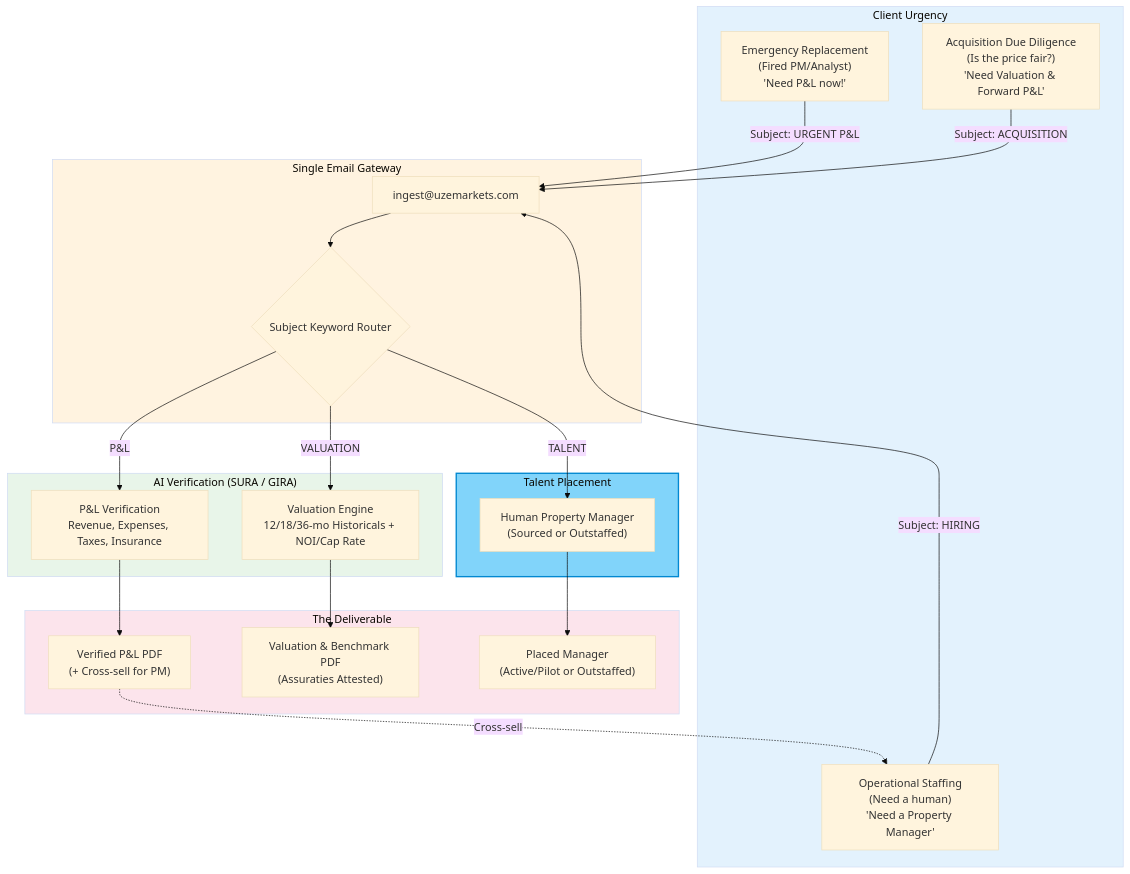
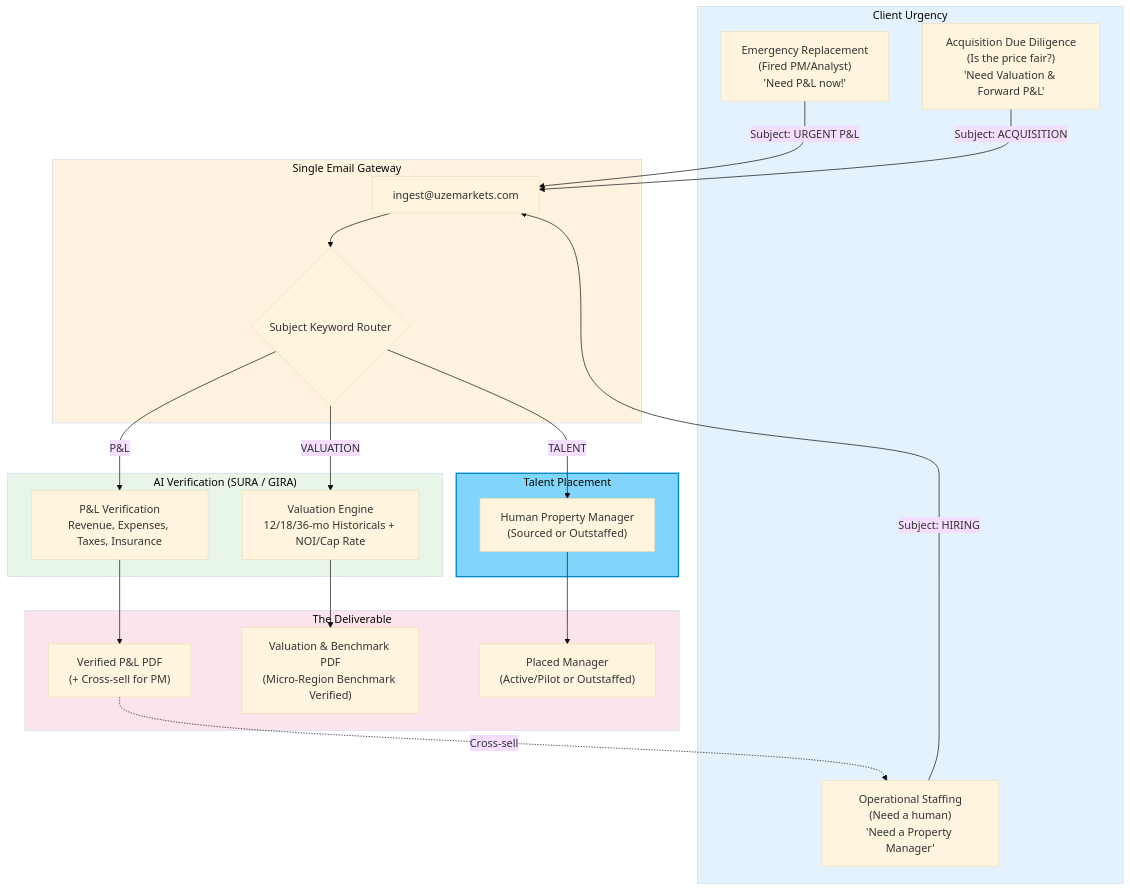
The diagram in docs/diagrams/16-three-use-cases.md (DEVBUILDSTACK/UZE), drawn with Mermaid (base theme) before and after one commit.

Commit message:
Diagram 16: valuation label corrected by ruling
'(Assuraties Attested)' -> '(Micro-Region Benchmark Verified)'.
The gateway calculates the math and benchmarks it; it does not
push a formal Assuraties claim to the Juror Team. Final directed
change before the absolute freeze (James/DeepSeek acceptance,
2026-11-10).

````diff
--- a/docs/diagrams/16-three-use-cases.md
+++ b/docs/diagrams/16-three-use-cases.md
@@ -7,52 +7,52 @@
 ```mermaid
 flowchart TD
     subgraph CLIENT["Client Urgency"]
         U1["Emergency Replacement<br/>(Fired PM/Analyst)<br/>'Need P&L now!'"]
         U2["Acquisition Due Diligence<br/>(Is the price fair?)<br/>'Need Valuation & Forward P&L'"]
         U3["Operational Staffing<br/>(Need a human)<br/>'Need a Property Manager'"]
     end
 
     subgraph GATEWAY["Single Email Gateway"]
         EMAIL["ingest@uzemarkets.com"]
         ROUTER{"Subject Keyword Router"}
     end
 
     subgraph AGENTS["AI Verification (SURA / GIRA)"]
         PL["P&L Verification<br/>Revenue, Expenses, Taxes, Insurance"]
         VAL["Valuation Engine<br/>12/18/36-mo Historicals + NOI/Cap Rate"]
     end
 
     subgraph TALENT["Talent Placement"]
         HUMAN["Human Property Manager<br/>(Sourced or Outstaffed)"]
     end
 
     subgraph OUTPUT["The Deliverable"]
         PDF_PL["Verified P&L PDF<br/>(+ Cross-sell for PM)"]
-        PDF_VAL["Valuation & Benchmark PDF<br/>(Assuraties Attested)"]
+        PDF_VAL["Valuation & Benchmark PDF<br/>(Micro-Region Benchmark Verified)"]
         PLACEMENT["Placed Manager<br/>(Active/Pilot or Outstaffed)"]
     end
 
     %% Routing Logic
     U1 -->|"Subject: URGENT P&L"| EMAIL
     U2 -->|"Subject: ACQUISITION"| EMAIL
     U3 -->|"Subject: HIRING"| EMAIL
 
     EMAIL --> ROUTER
 
     ROUTER -->|"P&L"| PL
     ROUTER -->|"VALUATION"| VAL
     ROUTER -->|"TALENT"| HUMAN
 
     %% Output Logic
     PL --> PDF_PL
     VAL --> PDF_VAL
     HUMAN --> PLACEMENT
 
     PDF_PL -.->|"Cross-sell"| U3
 
     style CLIENT fill:#e3f2fd
     style GATEWAY fill:#fff3e0
     style AGENTS fill:#e8f5e9
     style TALENT fill:#81d4fa,stroke:#0288d1,stroke-width:2px
     style OUTPUT fill:#fce4ec
 ```
````
